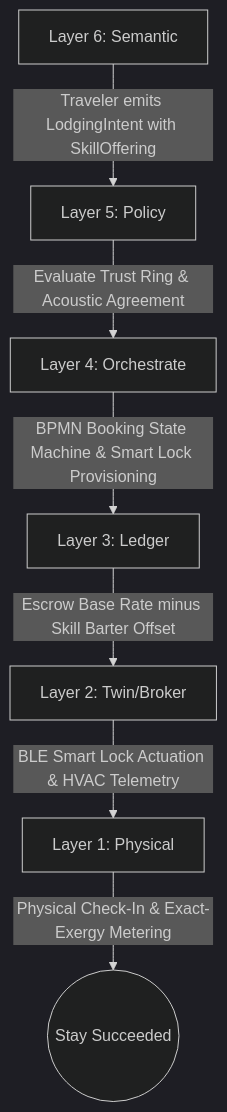
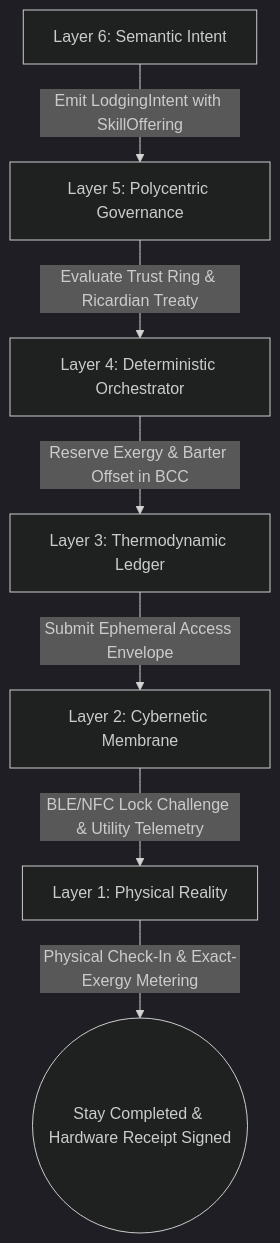
Before and after one commit to raffaine/collective: the first of 4 diagrams in docs/scenarios/zeta_lodging.md, drawn with Mermaid (dark theme). The commit also changed other lines of this file and 23 other files, not shown here.

````diff
--- a/docs/scenarios/zeta_lodging.md
+++ b/docs/scenarios/zeta_lodging.md
@@ -39,9 +42,9 @@
 ```mermaid
 graph TD
-    L6[Layer 6: Semantic] -->|Traveler emits LodgingIntent with SkillOffering| L5[Layer 5: Policy]
-    L5 -->|Evaluate Trust Ring & Acoustic Agreement| L4[Layer 4: Orchestrate]
-    L4 -->|BPMN Booking State Machine & Smart Lock Provisioning| L3[Layer 3: Ledger]
-    L3 -->|Escrow Base Rate minus Skill Barter Offset| L2[Layer 2: Twin/Broker]
-    L2 -->|BLE Smart Lock Actuation & HVAC Telemetry| L1[Layer 1: Physical]
-    L1 -->|Physical Check-In & Exact-Exergy Metering| End((Stay Succeeded))
+    L6[Layer 6: Semantic Intent] -->|Emit LodgingIntent with SkillOffering| L5[Layer 5: Polycentric Governance]
+    L5 -->|Evaluate Trust Ring & Ricardian Treaty| L4[Layer 4: Deterministic Orchestrator]
+    L4 -->|Reserve Exergy & Barter Offset in BCC| L3[Layer 3: Thermodynamic Ledger]
+    L3 -->|Submit Ephemeral Access Envelope| L2[Layer 2: Cybernetic Membrane]
+    L2 -->|BLE/NFC Lock Challenge & Utility Telemetry| L1[Layer 1: Physical Reality]
+    L1 -->|Physical Check-In & Exact-Exergy Metering| End((Stay Completed & Hardware Receipt Signed))
 ```
````
